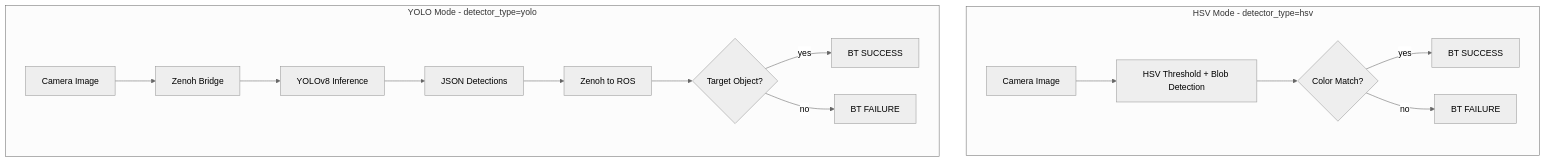
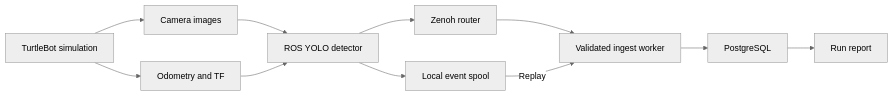
One commit to NamanSingh02/turtlebot-semantic-maze-explorer changed the diagram in README.md. Above: the diagram before and after it, drawn with Mermaid (neutral theme). The commit also changed other lines of this file and 1 other file, not shown here.

````diff
--- a/README.md
+++ b/README.md
@@ -82,19 +68,13 @@
 ```mermaid
-graph TD
-    subgraph HSV_Mode["HSV Mode - detector_type=hsv"]
-        IMG1["Camera Image"] --> HSV["HSV Threshold + Blob Detection"]
-        HSV --> MATCH1{"Color Match?"}
-        MATCH1 -->|yes| S1["BT SUCCESS"]
-        MATCH1 -->|no| F1["BT FAILURE"]
-    end
-
-    subgraph YOLO_Mode["YOLO Mode - detector_type=yolo"]
-        IMG2["Camera Image"] --> ZEN["Zenoh Bridge"]
-        ZEN --> YOLO["YOLOv8 Inference"]
-        YOLO --> JSON["JSON Detections"]
-        JSON --> ZEN2["Zenoh to ROS"]
-        ZEN2 --> MATCH2{"Target Object?"}
-        MATCH2 -->|yes| S2["BT SUCCESS"]
-        MATCH2 -->|no| F2["BT FAILURE"]
-    end
+flowchart LR
+    S["TurtleBot simulation"] --> I["Camera images"]
+    S --> O["Odometry and TF"]
+    I --> D["ROS YOLO detector"]
+    O --> D
+    D --> F["Local event spool"]
+    D --> Z["Zenoh router"]
+    Z --> W["Validated ingest worker"]
+    F -->|Replay| W
+    W --> P["PostgreSQL"]
+    P --> R["Run report"]
 ```
````
